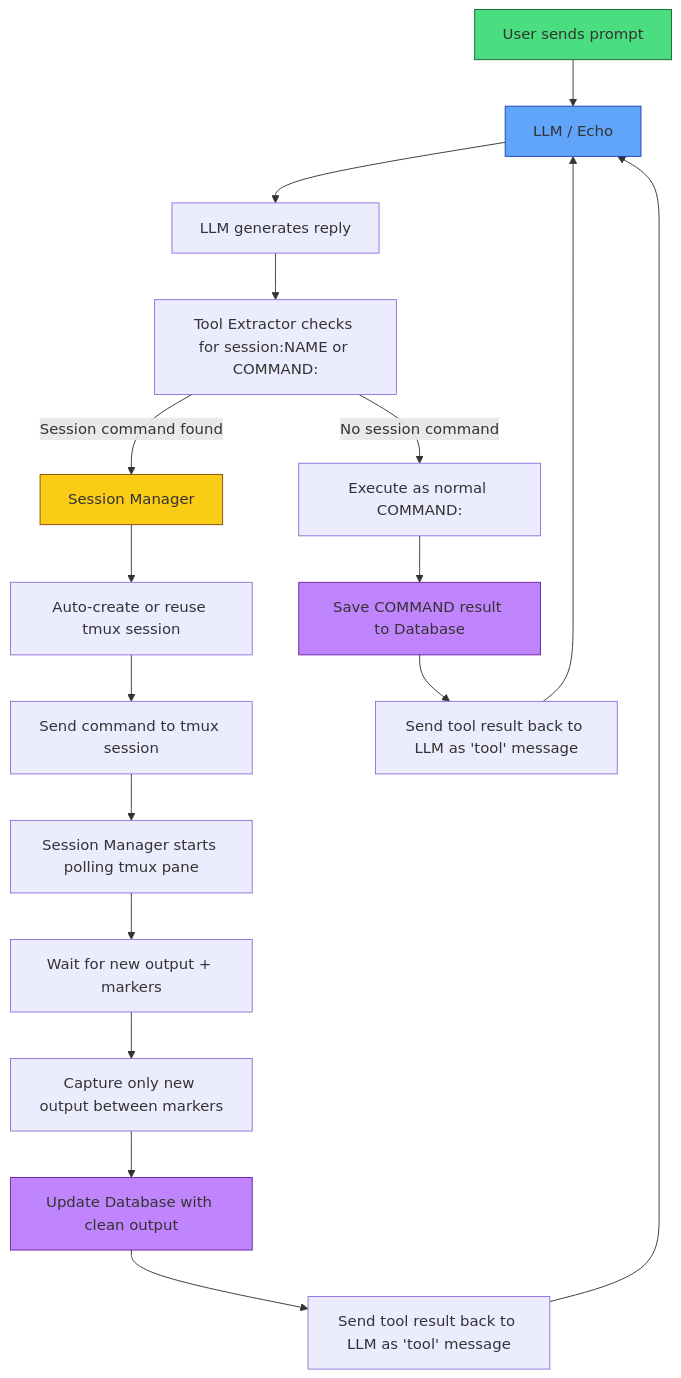
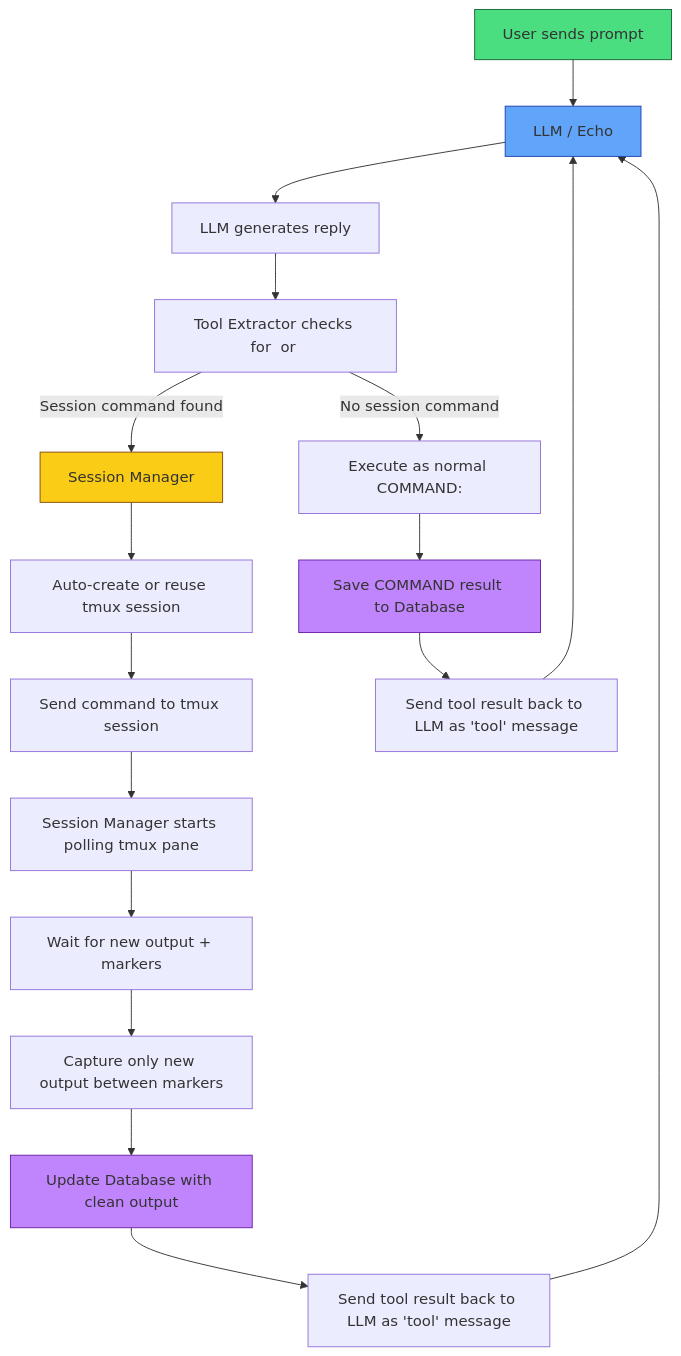
The diagram in README.md (charlesericwilson-portfolio/Echo_Adapt_v5), drawn with Mermaid before and after one commit.

Commit message:
Update flowchart notation in README.md

````diff
--- a/README.md
+++ b/README.md
@@ -1,28 +1,28 @@
 ```mermaid
 flowchart TD
     A[User sends prompt] --> B[LLM / Echo]
     B --> C[LLM generates reply]
-    C --> D[Tool Extractor checks for session:NAME or COMMAND:]
+    C --> D[Tool Extractor checks for <session> or <command>]
    
     D -->|Session command found| E[Session Manager]
     E --> F[Auto-create or reuse tmux session]
     F --> G[Send command to tmux session]
     G --> H[Session Manager starts polling tmux pane]
     H --> I[Wait for new output + markers]
     I --> J[Capture only new output between markers]
     J --> K[Update Database with clean output]
     K --> L[Send tool result back to LLM as 'tool' message]
    
     D -->|No session command| M[Execute as normal COMMAND:]
     M --> O[Save COMMAND result to Database]
     O --> N[Send tool result back to LLM as 'tool' message]
    
     L --> B
     N --> B
    
     style A fill:#4ade80,stroke:#166534
     style B fill:#60a5fa,stroke:#1e40af
     style E fill:#facc15,stroke:#854d0e
     style K fill:#c084fc,stroke:#6b21a8
     style O fill:#c084fc,stroke:#6b21a8
 ```
````
